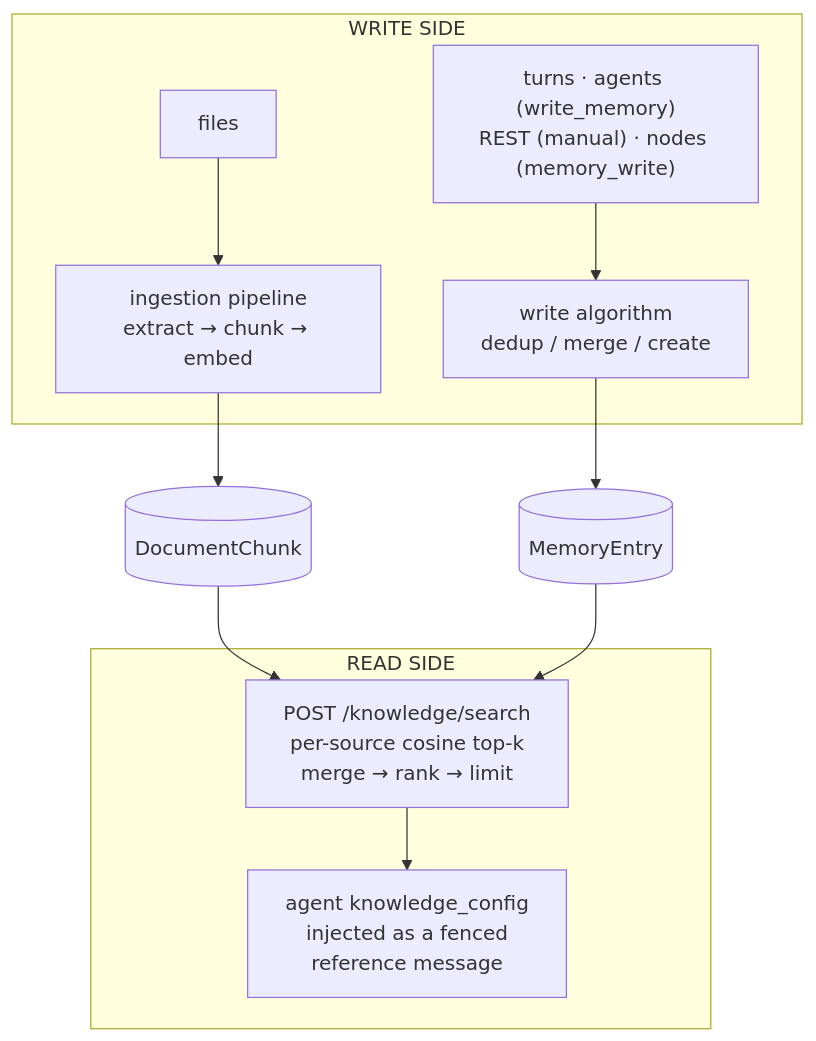
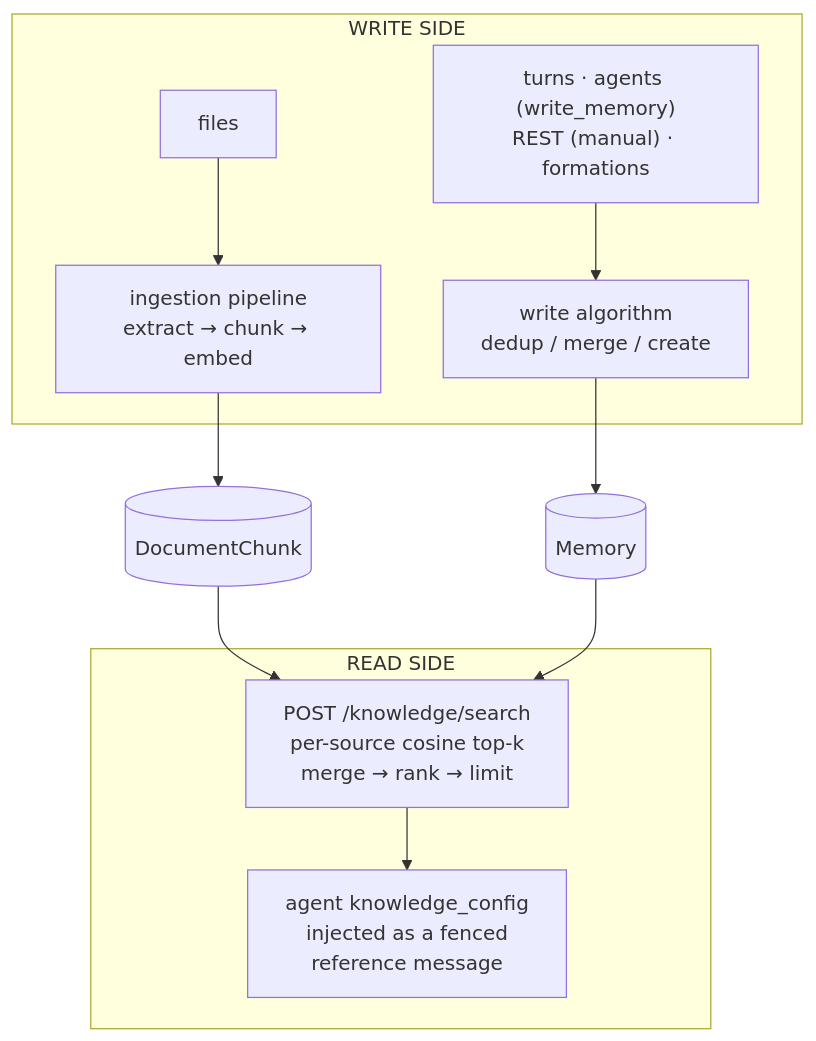
The diagram in packages/website/docs/advanced/memory-and-knowledge-engine.md (ttoss/soat), drawn with Mermaid before and after one commit. The commit also changed other lines of this file and 145 other files, not shown here.

First line of the commit message:
refactor(memories)!: memory/memory store rename, simplified provenance, and removal of the memory_write node (#1320)

````diff
--- a/packages/website/docs/advanced/memory-and-knowledge-engine.md
+++ b/packages/website/docs/advanced/memory-and-knowledge-engine.md
@@ -20,17 +20,17 @@
 ```mermaid
 flowchart TB
     subgraph WRITE["WRITE SIDE"]
         files["files"] --> ingest["ingestion pipeline<br/>extract → chunk → embed"]
-        sources["turns · agents (write_memory)<br/>REST (manual) · nodes (memory_write)"] --> writealg["write algorithm<br/>dedup / merge / create"]
+        sources["turns · agents (write_memory)<br/>REST (manual) · formations"] --> writealg["write algorithm<br/>dedup / merge / create"]
     end
 
     ingest --> chunks[("DocumentChunk")]
-    writealg --> entries[("MemoryEntry")]
+    writealg --> memories[("Memory")]
 
     chunks --> search
-    entries --> search
+    memories --> search
 
     subgraph READ["READ SIDE"]
         search["POST /knowledge/search<br/>per-source cosine top-k<br/>merge → rank → limit"] --> inject["agent knowledge_config<br/>injected as a fenced<br/>reference message"]
     end
 ```
````
